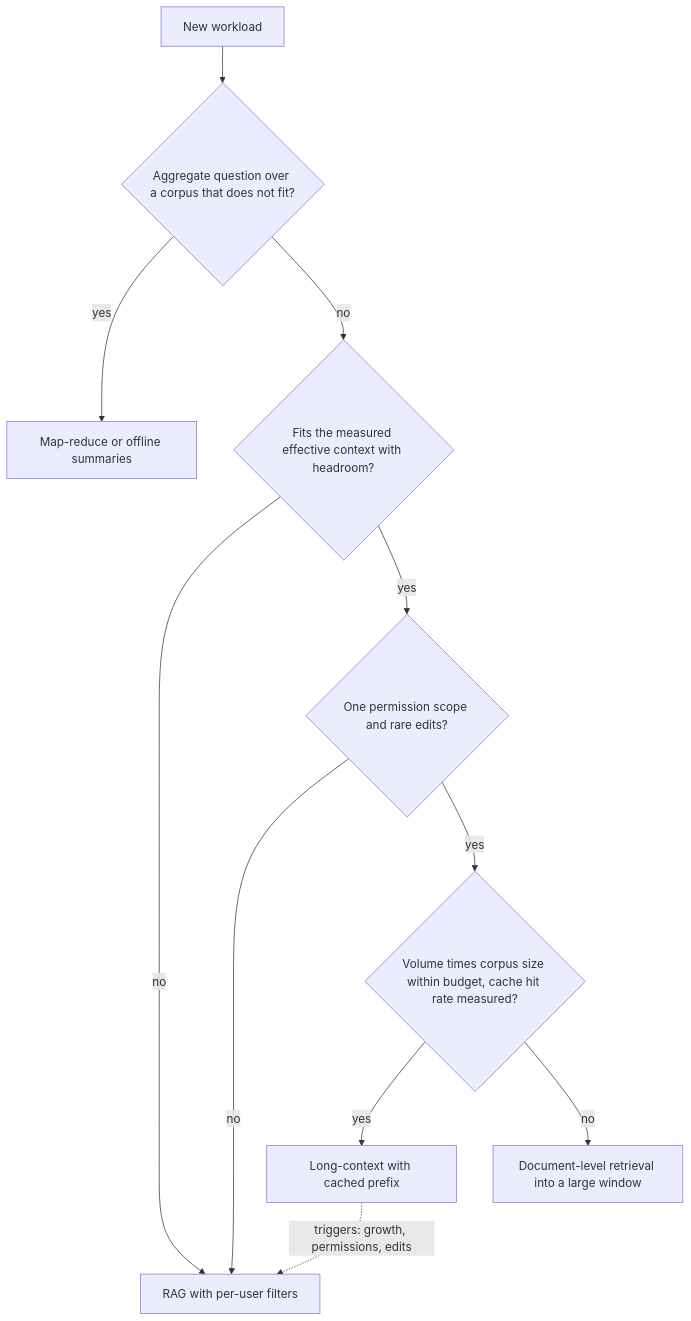
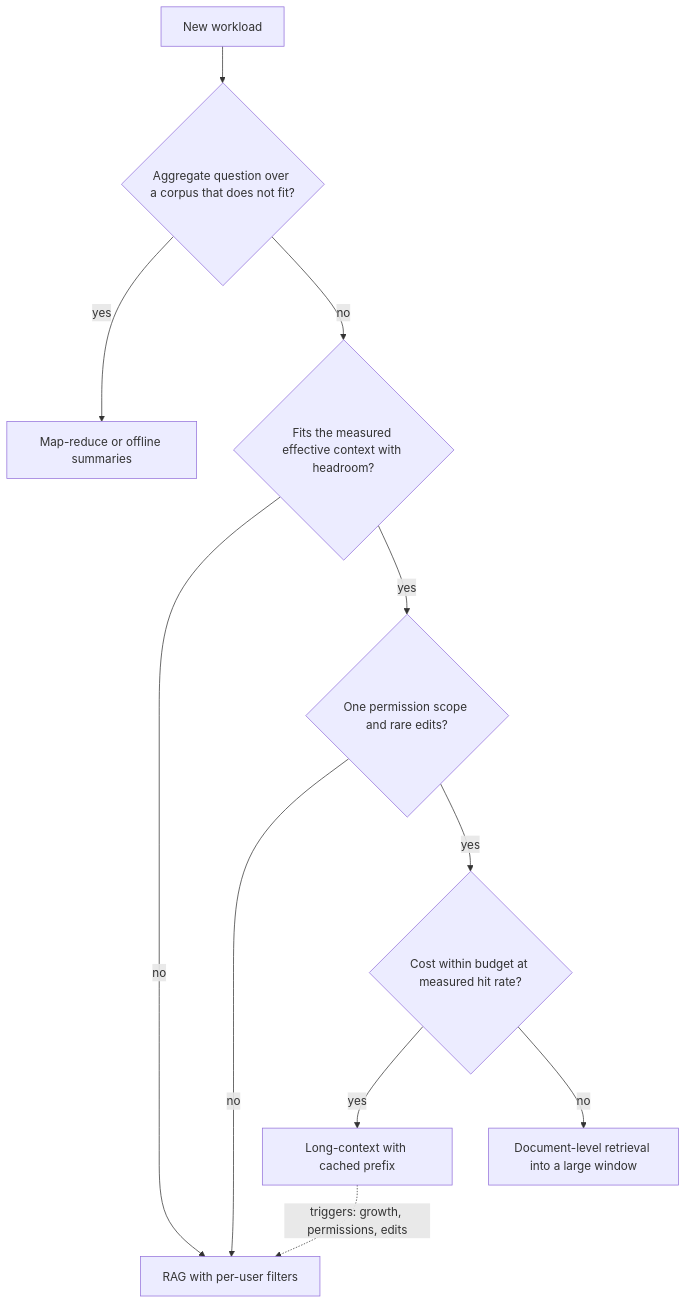
One commit to lovishmahajan97/agentic-learning changed the diagram in content/rag-retrieval/long-context-vs-rag.md. Above: the diagram before and after it, drawn with Mermaid. The commit also changed other lines of this file and 278 other files, not shown here.

````diff
--- a/content/rag-retrieval/long-context-vs-rag.md
+++ b/content/rag-retrieval/long-context-vs-rag.md
@@ -100,13 +100,13 @@
 ```mermaid
 flowchart TD
     Q["New workload"] --> A{"Aggregate question over a corpus that does not fit?"}
     A -->|"yes"| MR["Map-reduce or offline summaries"]
     A -->|"no"| F{"Fits the measured effective context with headroom?"}
     F -->|"no"| RAG["RAG with per-user filters"]
     F -->|"yes"| P{"One permission scope and rare edits?"}
     P -->|"no"| RAG
-    P -->|"yes"| V{"Volume times corpus size within budget, cache hit rate measured?"}
+    P -->|"yes"| V{"Cost within budget at measured hit rate?"}
     V -->|"yes"| LC["Long-context with cached prefix"]
     V -->|"no"| H["Document-level retrieval into a large window"]
     LC -.->|"triggers: growth, permissions, edits"| RAG
 ```
````
